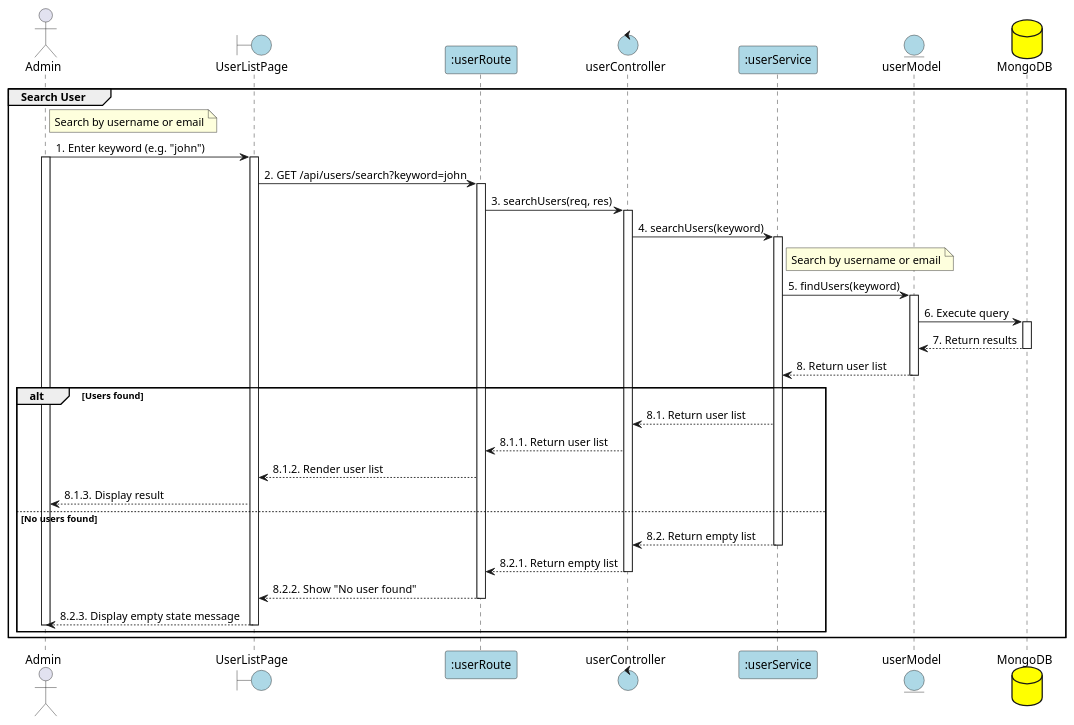
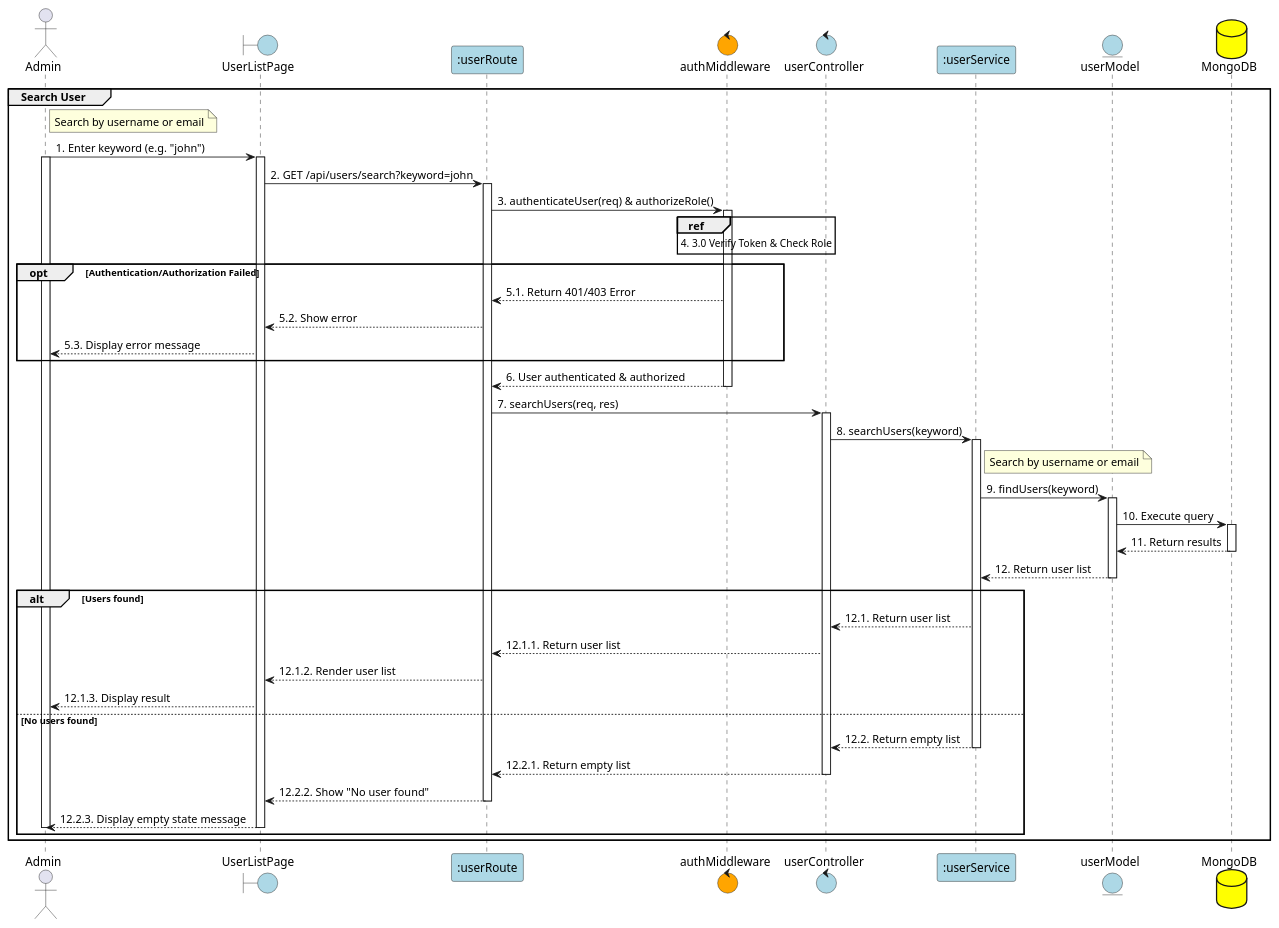
One commit to Aohkne/CaloCook changed the diagram in PlanUML/12_searchUser.puml. Above: the diagram before and after it, drawn with PlantUML. The commit also changed 21 other files, not shown here.

```diff
--- a/PlanUML/12_searchUser.puml
+++ b/PlanUML/12_searchUser.puml
@@ -1,69 +1,79 @@
 @startuml SearchUser
 
 actor Admin
 boundary "UserListPage" as View #lightblue
 participant ":userRoute" as Route #lightblue
+control "authMiddleware" as Auth #Orange
 control "userController" as Controller #lightblue
 participant ":userService" as Service #lightblue
 entity "userModel" as Model #lightblue
 database "MongoDB" as MongoDB #yellow
 
 group Search User
 note right of Admin: Search by username or email
 Admin -> View: 1. Enter keyword (e.g. "john")
 activate Admin
 activate View
 
 View -> Route: 2. GET /api/users/search?keyword=john
 activate Route
+Route -> Auth: 3. authenticateUser(req) & authorizeRole()
+activate Auth
+ref over Auth : 4. 3.0 Verify Token & Check Role
 
-Route -> Controller: 3. searchUsers(req, res)
+opt Authentication/Authorization Failed
+    Auth --> Route: 5.1. Return 401/403 Error
+    Route --> View: 5.2. Show error
+    View --> Admin: 5.3. Display error message
+end
+Auth --> Route: 6. User authenticated & authorized
+deactivate Auth
+Route -> Controller: 7. searchUsers(req, res)
 activate Controller
 
-Controller -> Service: 4. searchUsers(keyword)
+Controller -> Service: 8. searchUsers(keyword)
 activate Service
 
 note right of Service: Search by username or email
 
-Service -> Model: 5. findUsers(keyword)
+Service -> Model: 9. findUsers(keyword)
 activate Model
 
-Model -> MongoDB: 6. Execute query
+Model -> MongoDB: 10. Execute query
 activate MongoDB
-MongoDB --> Model: 7. Return results
+MongoDB --> Model: 11. Return results
 deactivate MongoDB
 
-Model --> Service: 8. Return user list
+Model --> Service: 12. Return user list
 deactivate Model
 
 alt Users found
 
-    Service --> Controller: 8.1. Return user list
+    Service --> Controller: 12.1. Return user list
     
 
-    Controller --> Route: 8.1.1. Return user list
+    Controller --> Route: 12.1.1. Return user list
     
-
-    Route --> View: 8.1.2. Render user list
+    Route --> View: 12.1.2. Render user list
     
     
-    View --> Admin: 8.1.3. Display result
+    View --> Admin: 12.1.3. Display result
     
 else No users found
 
-    Service --> Controller: 8.2. Return empty list
+    Service --> Controller: 12.2. Return empty list
     deactivate Service
 
-    Controller --> Route: 8.2.1. Return empty list
+    Controller --> Route: 12.2.1. Return empty list
     deactivate Controller
 
-    Route --> View: 8.2.2. Show "No user found"
+    Route --> View: 12.2.2. Show "No user found"
     deactivate Route
 
-    View --> Admin: 8.2.3. Display empty state message
+    View --> Admin: 12.2.3. Display empty state message
     deactivate View
     deactivate Admin
 end
 
 end
 @enduml
```
